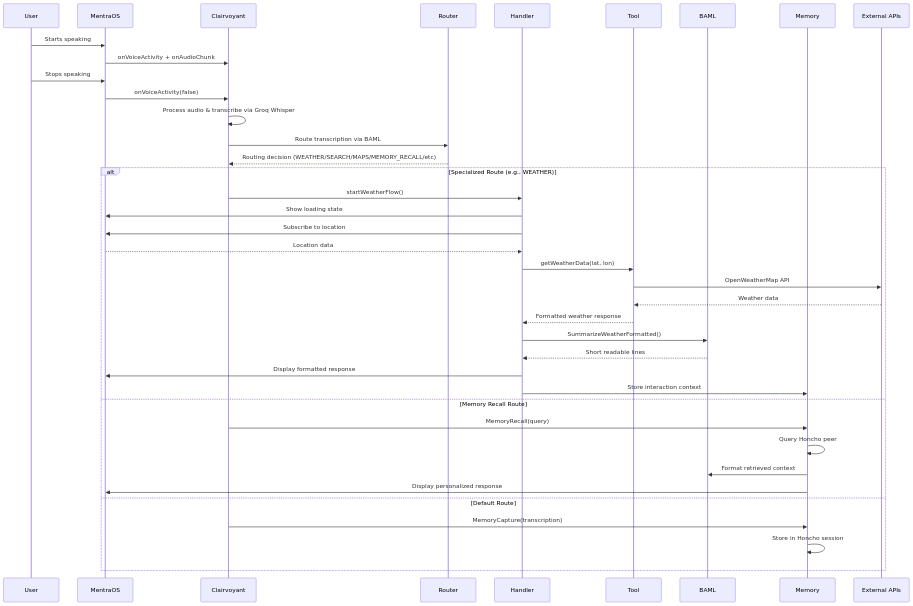
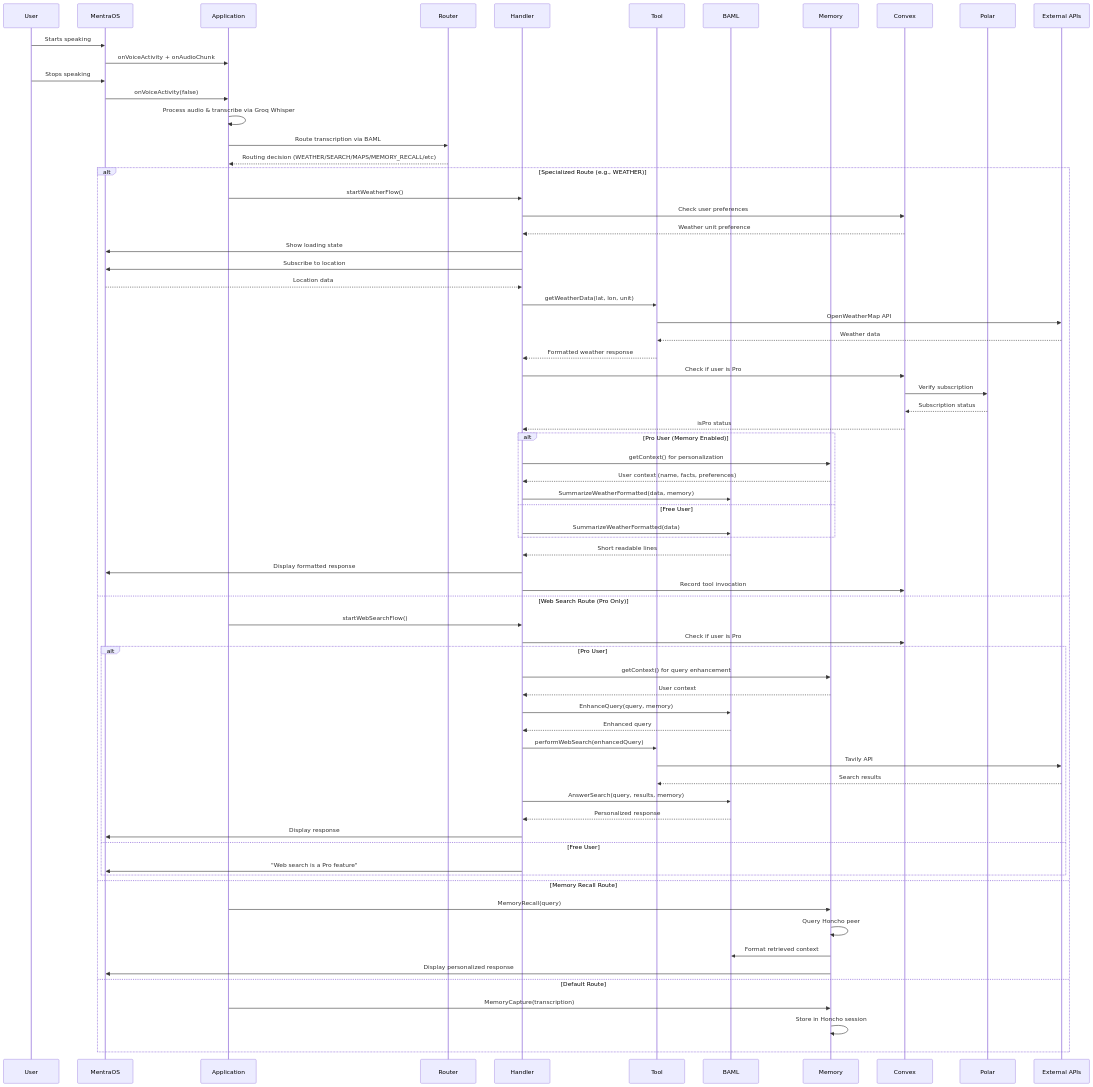
The diagram in README.md (with-context-engine/context-clairvoyant), drawn with Mermaid before and after one commit. The commit also changed other lines of this file and 125 other files, not shown here.

First line of the commit message:
feat: Introduce new application structure and enhance environment configuration

````diff
--- a/README.md
+++ b/README.md
@@ -21,45 +104,76 @@
 ```mermaid
 sequenceDiagram
     participant User
     participant MentraOS
-    participant Clairvoyant
+    participant Application
     participant Router
     participant Handler
     participant Tool
     participant BAML
     participant Memory
+    participant Convex
+    participant Polar
     participant ExtAPI as External APIs
 
     User->>MentraOS: Starts speaking
-    MentraOS->>Clairvoyant: onVoiceActivity + onAudioChunk
+    MentraOS->>Application: onVoiceActivity + onAudioChunk
     
     User->>MentraOS: Stops speaking  
-    MentraOS->>Clairvoyant: onVoiceActivity(false)
+    MentraOS->>Application: onVoiceActivity(false)
     
-    Clairvoyant->>Clairvoyant: Process audio & transcribe via Groq Whisper
-    Clairvoyant->>Router: Route transcription via BAML
-    Router-->>Clairvoyant: Routing decision (WEATHER/SEARCH/MAPS/MEMORY_RECALL/etc)
+    Application->>Application: Process audio & transcribe via Groq Whisper
+    Application->>Router: Route transcription via BAML
+    Router-->>Application: Routing decision (WEATHER/SEARCH/MAPS/MEMORY_RECALL/etc)
     
     alt Specialized Route (e.g., WEATHER)
-        Clairvoyant->>Handler: startWeatherFlow()
+        Application->>Handler: startWeatherFlow()
+        Handler->>Convex: Check user preferences
+        Convex-->>Handler: Weather unit preference
         Handler->>MentraOS: Show loading state
         Handler->>MentraOS: Subscribe to location
         MentraOS-->>Handler: Location data
-        Handler->>Tool: getWeatherData(lat, lon)
+        Handler->>Tool: getWeatherData(lat, lon, unit)
         Tool->>ExtAPI: OpenWeatherMap API
         ExtAPI-->>Tool: Weather data
         Tool-->>Handler: Formatted weather response
-        Handler->>BAML: SummarizeWeatherFormatted()
+        Handler->>Convex: Check if user is Pro
+        Convex->>Polar: Verify subscription
+        Polar-->>Convex: Subscription status
+        Convex-->>Handler: isPro status
+        alt Pro User (Memory Enabled)
+            Handler->>Memory: getContext() for personalization
+            Memory-->>Handler: User context (name, facts, preferences)
+            Handler->>BAML: SummarizeWeatherFormatted(data, memory)
+        else Free User
+            Handler->>BAML: SummarizeWeatherFormatted(data)
+        end
         BAML-->>Handler: Short readable lines
         Handler->>MentraOS: Display formatted response
-        Handler->>Memory: Store interaction context
+        Handler->>Convex: Record tool invocation
+    else Web Search Route (Pro Only)
+        Application->>Handler: startWebSearchFlow()
+        Handler->>Convex: Check if user is Pro
+        alt Pro User
+            Handler->>Memory: getContext() for query enhancement
+            Memory-->>Handler: User context
+            Handler->>BAML: EnhanceQuery(query, memory)
+            BAML-->>Handler: Enhanced query
+            Handler->>Tool: performWebSearch(enhancedQuery)
+            Tool->>ExtAPI: Tavily API
+            ExtAPI-->>Tool: Search results
+            Handler->>BAML: AnswerSearch(query, results, memory)
+            BAML-->>Handler: Personalized response
+            Handler->>MentraOS: Display response
+        else Free User
+            Handler->>MentraOS: "Web search is a Pro feature"
+        end
     else Memory Recall Route
-        Clairvoyant->>Memory: MemoryRecall(query)
+        Application->>Memory: MemoryRecall(query)
         Memory->>Memory: Query Honcho peer
         Memory->>BAML: Format retrieved context
         Memory->>MentraOS: Display personalized response
     else Default Route
-        Clairvoyant->>Memory: MemoryCapture(transcription)
+        Application->>Memory: MemoryCapture(transcription)
         Memory->>Memory: Store in Honcho session
     end
 ```
````
